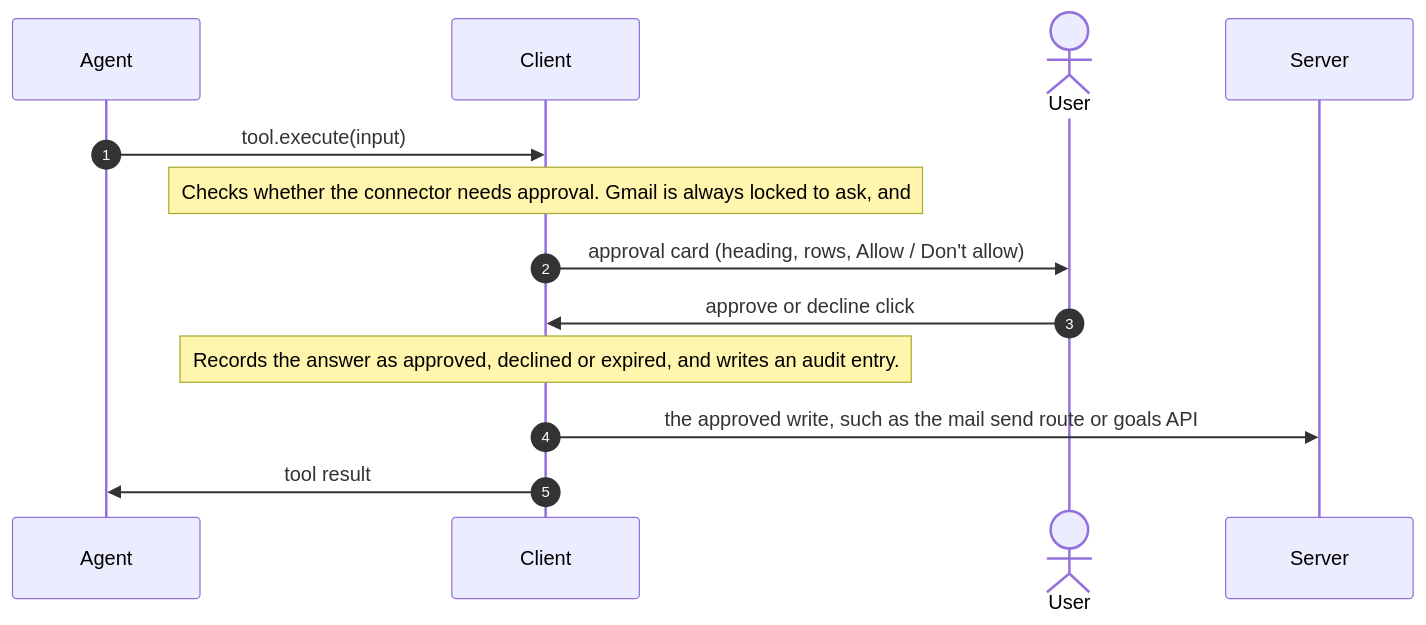
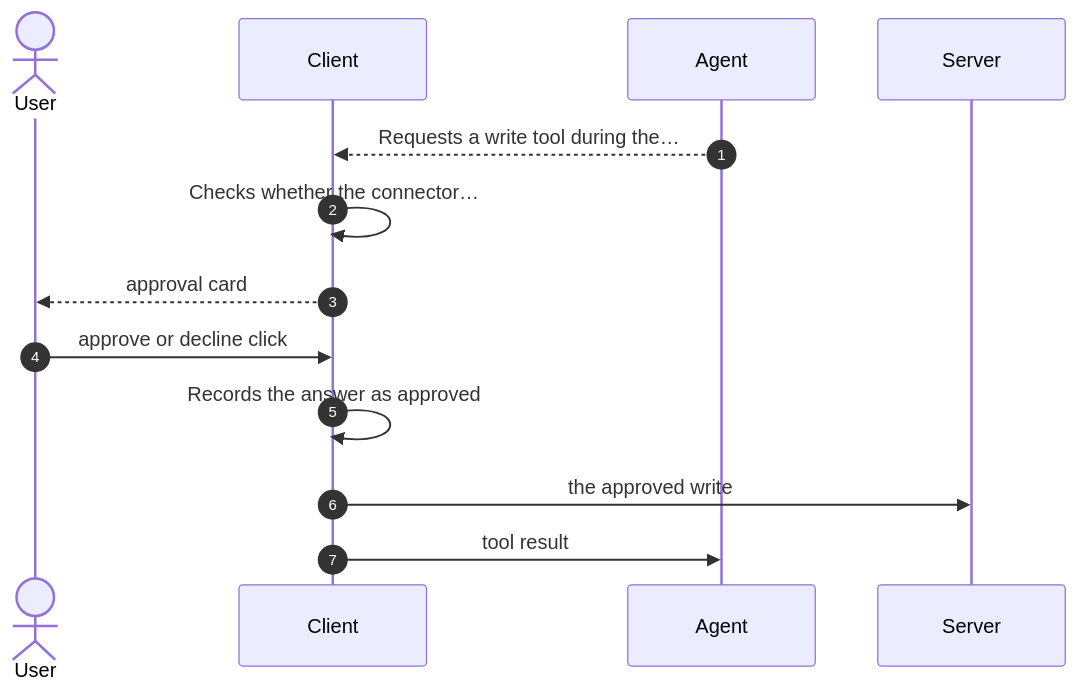
Before and after one commit to lngsa1234/mini-muse-mvp: the diagram in docs/architecture/workflows/tool-approval.md, drawn with Mermaid. The commit also changed 4 other files, not shown here.

````diff
--- a/docs/architecture/workflows/tool-approval.md
+++ b/docs/architecture/workflows/tool-approval.md
@@ -15,15 +15,15 @@
 ```mermaid
 sequenceDiagram
   autonumber
+  actor user as User
+  participant client as Client
   participant agent as Agent
-  participant client as Client
-  actor user as User
   participant server as Server
-  agent->>client: tool.execute(input)
-  Note over client: Checks whether the connector needs approval. Gmail is always locked to ask, and 
-  client->>user: approval card (heading, rows, Allow / Don't allow)
+  agent-->>client: Requests a write tool during the…
+  client->>client: Checks whether the connector…
+  client-->>user: approval card
   user->>client: approve or decline click
-  Note over client: Records the answer as approved, declined or expired, and writes an audit entry.
-  client->>server: the approved write, such as the mail send route or goals API
+  client->>client: Records the answer as approved
+  client->>server: the approved write
   client->>agent: tool result
 ```
````
